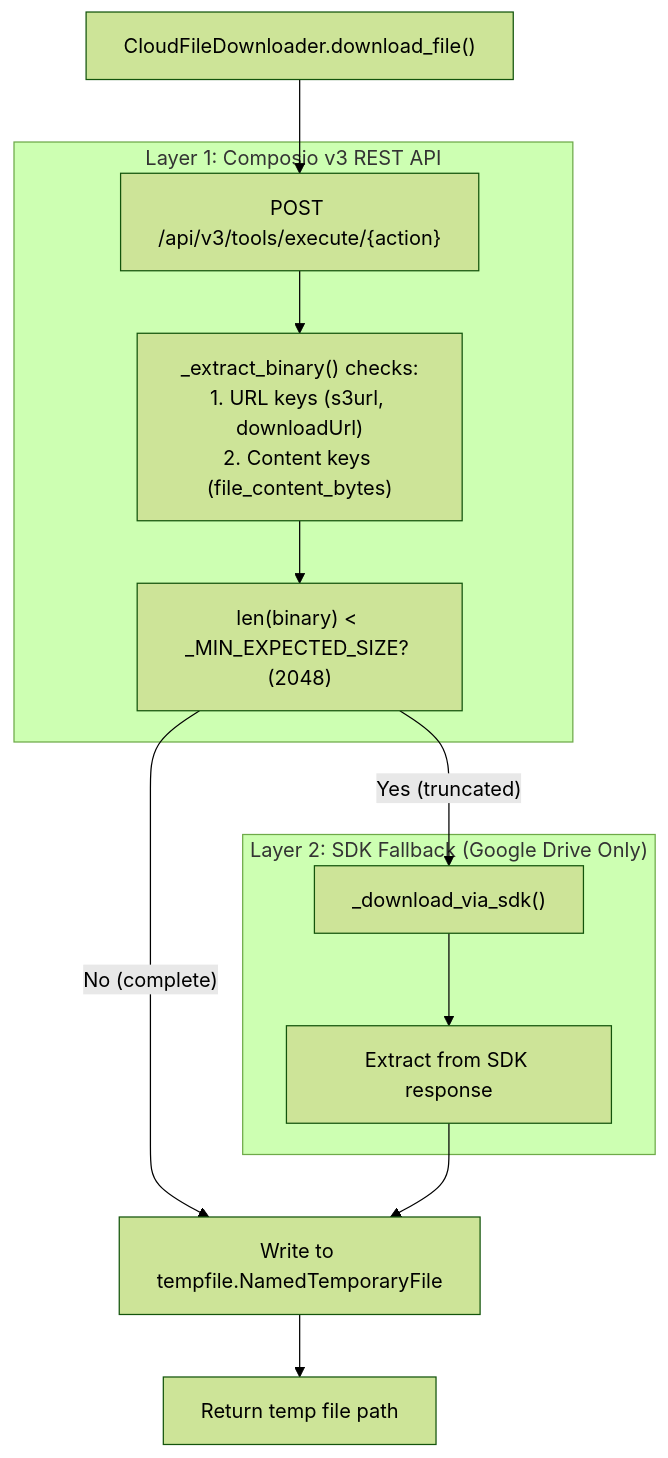
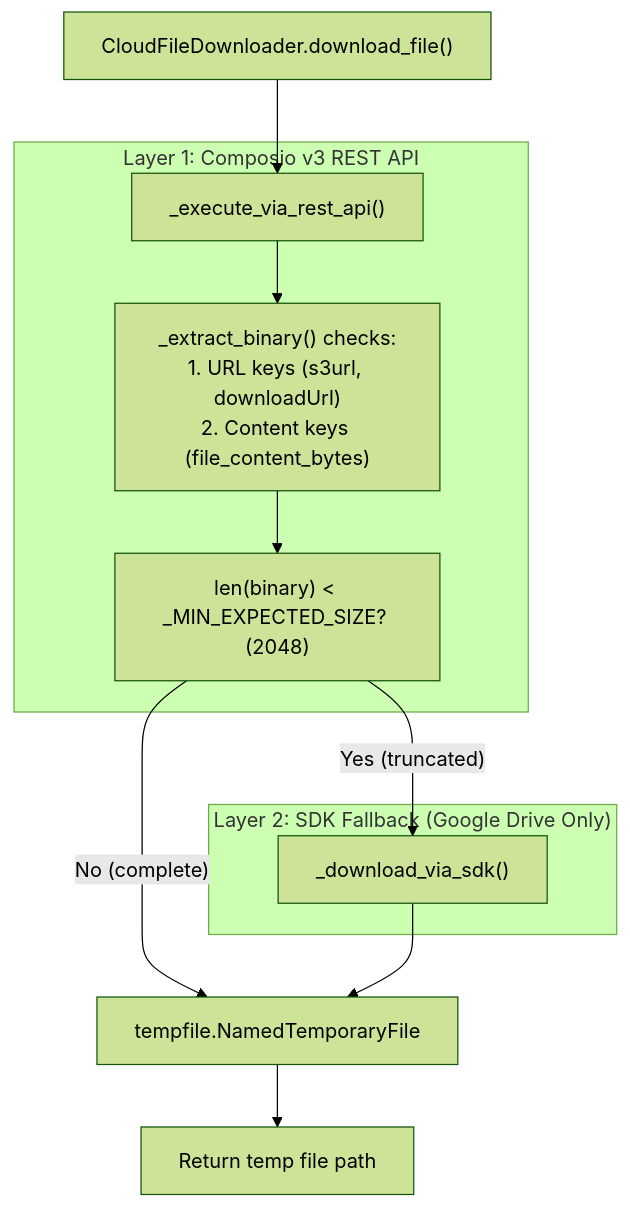
One commit to AutomatosAI/automatos-ai changed the second of 3 diagrams in docs/knowledge-base-rag/cloud-storage-integration.md. Above: the diagram before and after it, drawn with Mermaid (forest theme). The commit also changed other lines of this file and 153 other files, not shown here.

````diff
--- a/docs/knowledge-base-rag/cloud-storage-integration.md
+++ b/docs/knowledge-base-rag/cloud-storage-integration.md
@@ -120,29 +105,27 @@
 ```mermaid
 graph TB
     Start["CloudFileDownloader.download_file()"]
     
     subgraph "Layer 1: Composio v3 REST API"
-        RestCall["POST /api/v3/tools/execute/{action}"]
+        RestCall["_execute_via_rest_api()"]
         ExtractData["_extract_binary() checks:<br/>1. URL keys (s3url, downloadUrl)<br/>2. Content keys (file_content_bytes)"]
         CheckSize["len(binary) < _MIN_EXPECTED_SIZE? (2048)"]
     end
     
     subgraph "Layer 2: SDK Fallback (Google Drive Only)"
         SDKCall["_download_via_sdk()"]
-        SDKExtract["Extract from SDK response"]
     end
     
-    WriteTemp["Write to tempfile.NamedTemporaryFile"]
+    WriteTemp["tempfile.NamedTemporaryFile"]
     Return["Return temp file path"]
     
     Start --> RestCall
     RestCall --> ExtractData
     ExtractData --> CheckSize
     
     CheckSize -->|"Yes (truncated)"| SDKCall
     CheckSize -->|"No (complete)"| WriteTemp
     
-    SDKCall --> SDKExtract
-    SDKExtract --> WriteTemp
+    SDKCall --> WriteTemp
     WriteTemp --> Return
 ```
````
